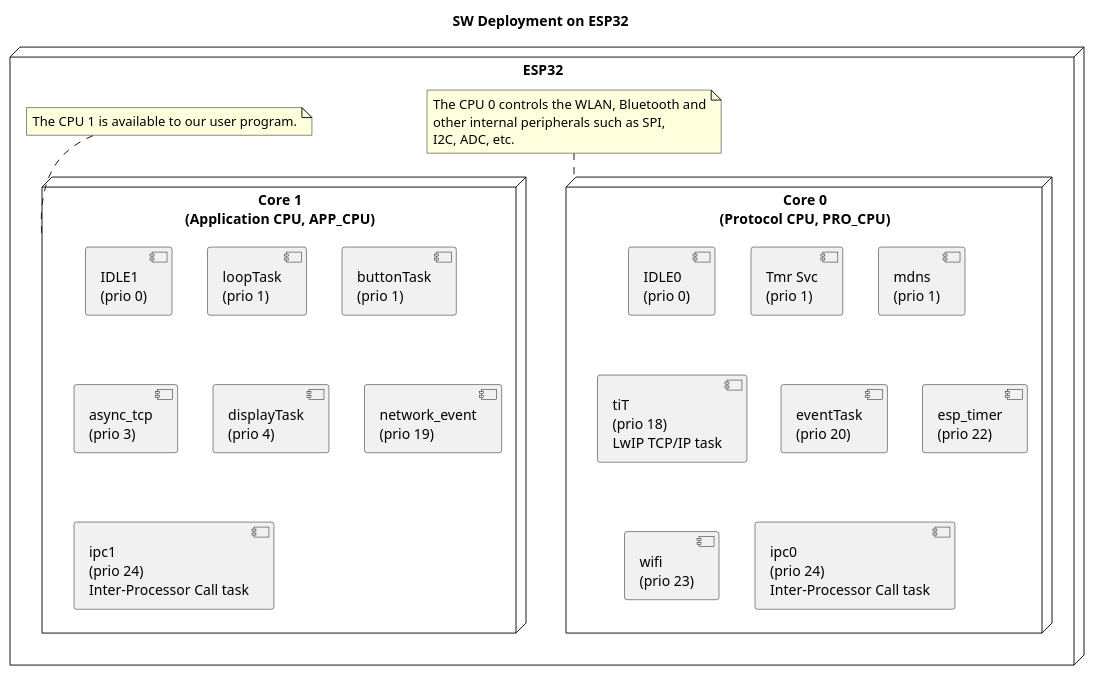
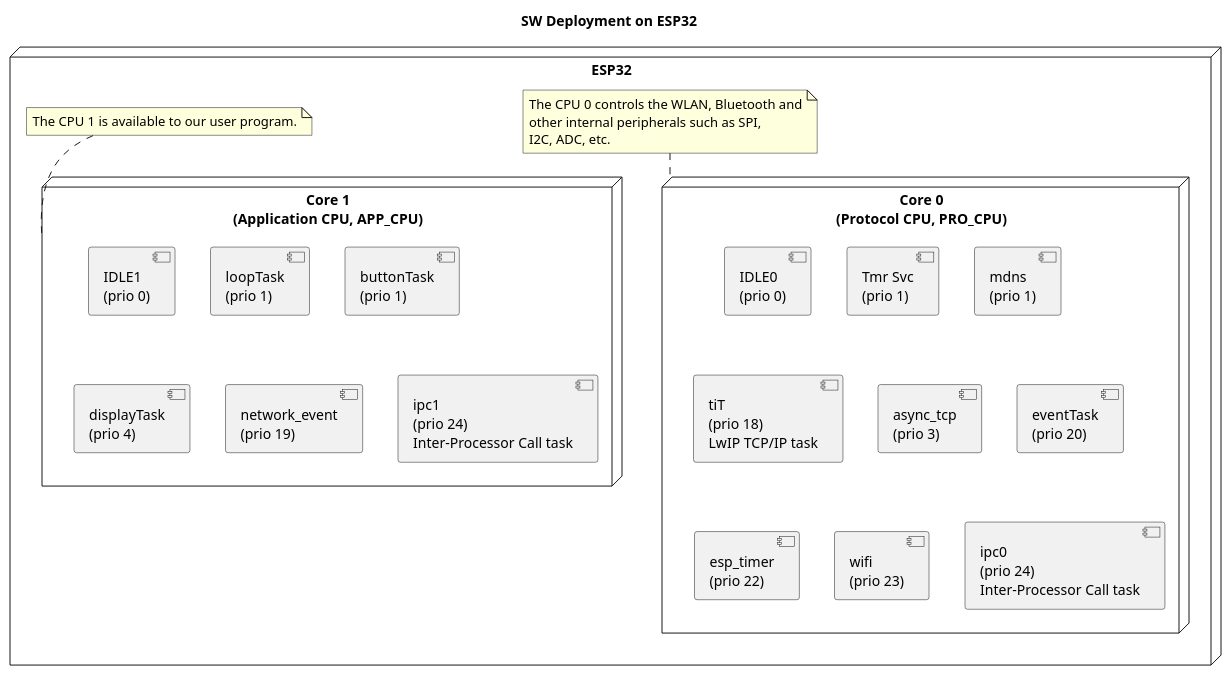
One commit to BlueAndi/Pixelix changed the diagram in doc/design/sw-deployment.plantuml. Above: the diagram before and after it, drawn with PlantUML. The commit also changed 1 other file, not shown here.

Commit message:
The AsyncTcp task was moved to PRO_CPU core.

```diff
--- a/doc/design/sw-deployment.plantuml
+++ b/doc/design/sw-deployment.plantuml
@@ -1,41 +1,41 @@
 @startuml
 
 title SW Deployment on ESP32
 
 node "ESP32" {
 
     node "Core 0\n(Protocol CPU, PRO_CPU)" as proCpu {
 
         component "IDLE0\n(prio 0)" as idle1Task
         component "Tmr Svc\n(prio 1)" as tmrSvcTask
         component "mdns\n(prio 1)" as mdnsTask
         component "tiT\n(prio 18)\nLwIP TCP/IP task" as tiTTask
+        component "async_tcp\n(prio 3)" as asyncTcpTask
         component "eventTask\n(prio 20)" as eventTask
         component "esp_timer\n(prio 22)" as espTimerTask
         component "wifi\n(prio 23)" as wifiTask
         component "ipc0\n(prio 24)\nInter-Processor Call task" as ipc0Task
     }
-    
+
     node "Core 1\n(Application CPU, APP_CPU)" as appCpu {
-    
+
         component "IDLE1\n(prio 0)" as idle0Task
         component "loopTask\n(prio 1)" as loopTask
         component "buttonTask\n(prio 1)" as buttonTask
-        component "async_tcp\n(prio 3)" as asyncTcpTask
         component "displayTask\n(prio 4)" as displayTask
         component "network_event\n(prio 19)" as networkEventTask
         component "ipc1\n(prio 24)\nInter-Processor Call task" as ipc1Task
     }
 
     note top of proCpu
         The CPU 0 controls the WLAN, Bluetooth and
         other internal peripherals such as SPI,
         I2C, ADC, etc.
     end note
 
     note top of appCpu
         The CPU 1 is available to our user program.
     end note
 }
 
 @enduml
```
